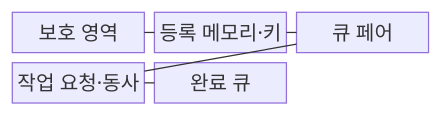
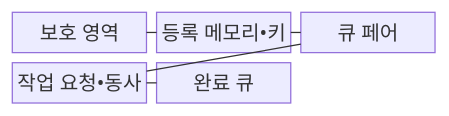
Before and after one commit to agnusdei1207/knowledge-base: the first of 2 diagrams in src/content/docs/notes/08-latest-tech/152_rdma.md, drawn with Mermaid. The commit also changed other lines of this file and 953 other files, not shown here.

````diff
--- a/src/content/docs/notes/08-latest-tech/152_rdma.md
+++ b/src/content/docs/notes/08-latest-tech/152_rdma.md
@@ -67,13 +67,13 @@
 ```mermaid
 block-beta
     columns 3
     P["보호 영역"]
-    M["등록 메모리·키"]
+    M["등록 메모리•키"]
     Q["큐 페어"]
-    V["작업 요청·동사"]
+    V["작업 요청•동사"]
     C["완료 큐"]
     P --- M
     M --- Q
     Q --- V
     V --- C
 ```
````
